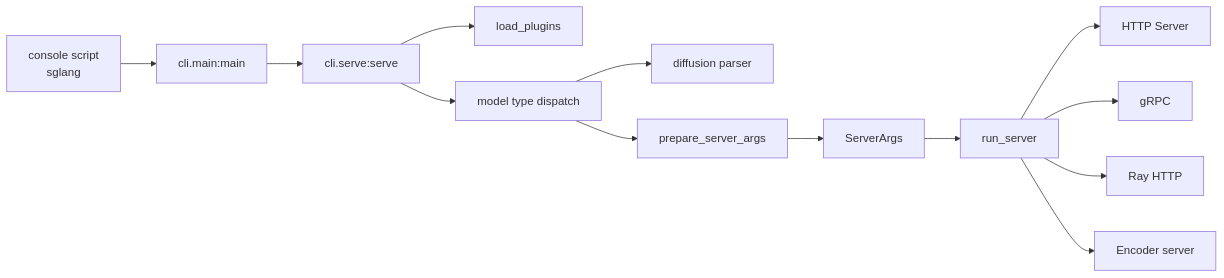
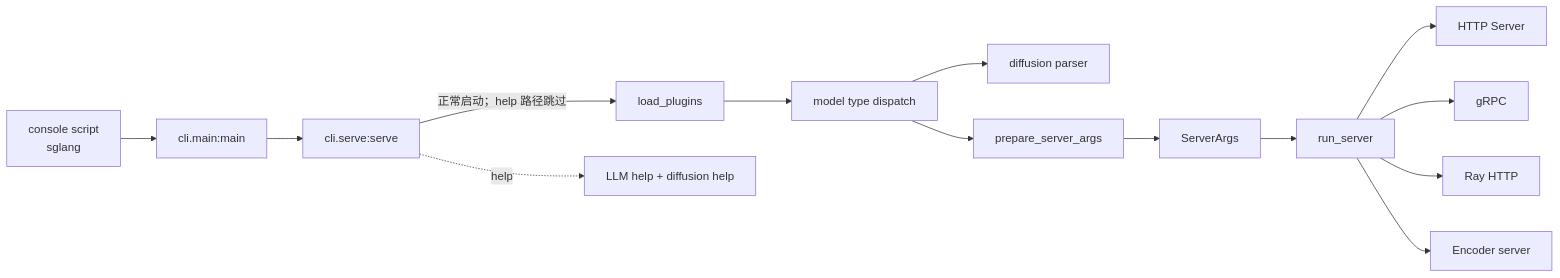
One commit to OnlyHero5/sglang-reading-vault changed the diagram in sglang_reading/启动与入口/启动链路/SGLang-启动链路.md. Above: the diagram before and after it, drawn with Mermaid. The commit also changed other lines of this file and 512 other files, not shown here.

````diff
--- a/sglang_reading/启动与入口/启动链路/SGLang-启动链路.md
+++ b/sglang_reading/启动与入口/启动链路/SGLang-启动链路.md
@@ -30,15 +30,16 @@
 ```mermaid
 flowchart LR
  SCRIPT["console script<br/>sglang"] --> MAIN["cli.main:main"]
  MAIN --> SERVE["cli.serve:serve"]
- SERVE --> PLUGINS["load_plugins"]
- SERVE --> TYPE["model type dispatch"]
+ SERVE -->|正常启动；help 路径跳过| PLUGINS["load_plugins"]
+ SERVE -.->|help| HELP["LLM help + diffusion help"]
+ PLUGINS --> TYPE["model type dispatch"]
  TYPE --> DIFF["diffusion parser"]
  TYPE --> LLM["prepare_server_args"]
  LLM --> SA["ServerArgs"]
  SA --> RUN["run_server"]
  RUN --> HTTP["HTTP Server"]
  RUN --> GRPC["gRPC"]
  RUN --> RAY["Ray HTTP"]
  RUN --> ENC["Encoder server"]
 ```
````
